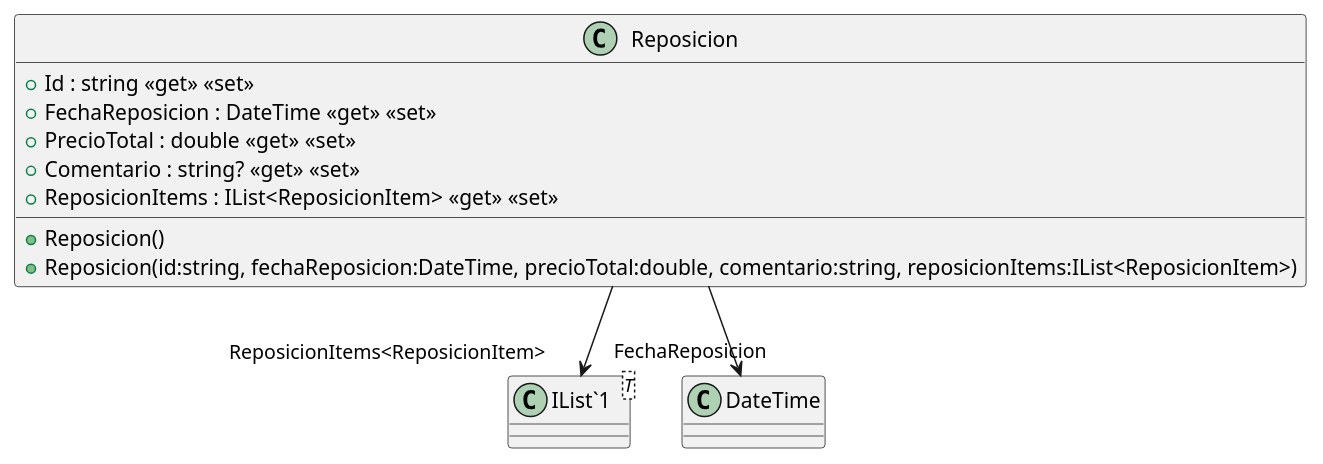
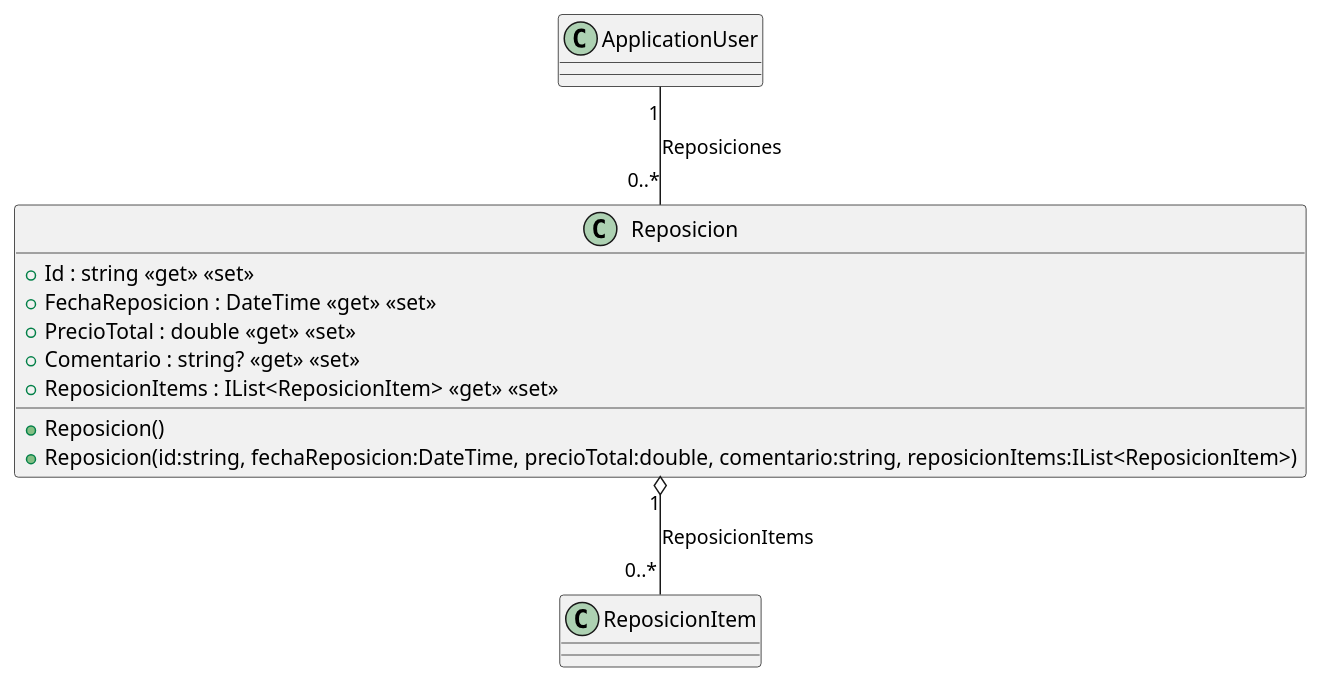
Before and after one commit to ISII2627LosElnes/ISII2627LosElnes: the diagram in src/AppForSEII.API/ClassDiagram/Reposicion.puml, drawn with PlantUML. The commit also changed 5 other files, not shown here.

```diff
--- a/src/AppForSEII.API/ClassDiagram/Reposicion.puml
+++ b/src/AppForSEII.API/ClassDiagram/Reposicion.puml
@@ -1,15 +1,13 @@
 @startuml
 class Reposicion {
     + Reposicion()
     + Reposicion(id:string, fechaReposicion:DateTime, precioTotal:double, comentario:string, reposicionItems:IList<ReposicionItem>)
     + Id : string <<get>> <<set>>
     + FechaReposicion : DateTime <<get>> <<set>>
     + PrecioTotal : double <<get>> <<set>>
     + Comentario : string? <<get>> <<set>>
     + ReposicionItems : IList<ReposicionItem> <<get>> <<set>>
 }
-class "IList`1"<T> {
-}
-Reposicion --> "FechaReposicion" DateTime
-Reposicion --> "ReposicionItems<ReposicionItem>" "IList`1"
+Reposicion "1" o-- "0..*" ReposicionItem : ReposicionItems
+ApplicationUser "1" -- "0..*" Reposicion : Reposiciones
 @enduml
```
